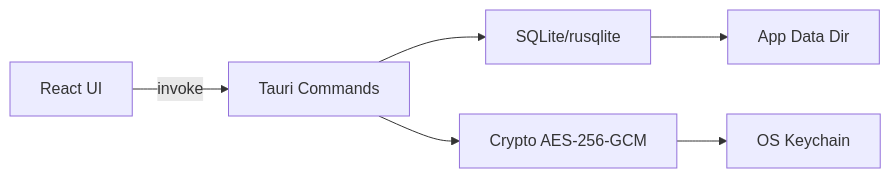
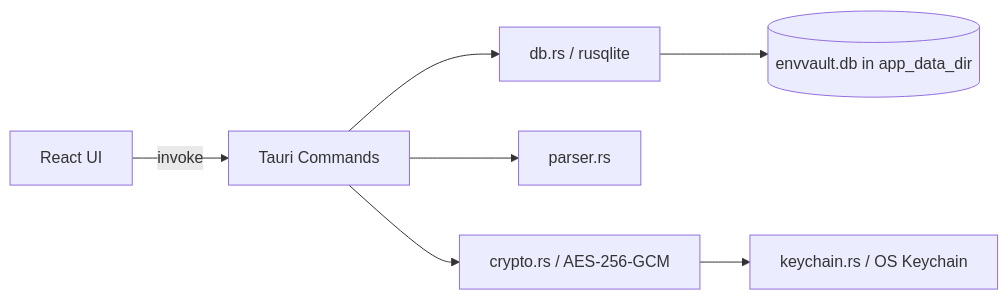
Before and after one commit to ZawHlaingPhyoTsuki/env-vault: the diagram in docs/ARCHITECTURE.md, drawn with Mermaid. The commit also changed other lines of this file and 7 other files, not shown here.

````diff
--- a/docs/ARCHITECTURE.md
+++ b/docs/ARCHITECTURE.md
@@ -26,8 +32,9 @@
 ```mermaid
 flowchart LR
   UI[React UI] -->|invoke| CMD[Tauri Commands]
-  CMD --> DB[SQLite/rusqlite]
-  CMD --> CRYPTO[Crypto AES-256-GCM]
-  CRYPTO --> KEY[OS Keychain]
-  DB --> FS[App Data Dir]
+  CMD --> DB[db.rs / rusqlite]
+  CMD --> PARSER[parser.rs]
+  CMD --> CRYPTO[crypto.rs / AES-256-GCM]
+  CRYPTO --> KEY[keychain.rs / OS Keychain]
+  DB --> SQLITE[(envvault.db in app_data_dir)]
 ```
````
